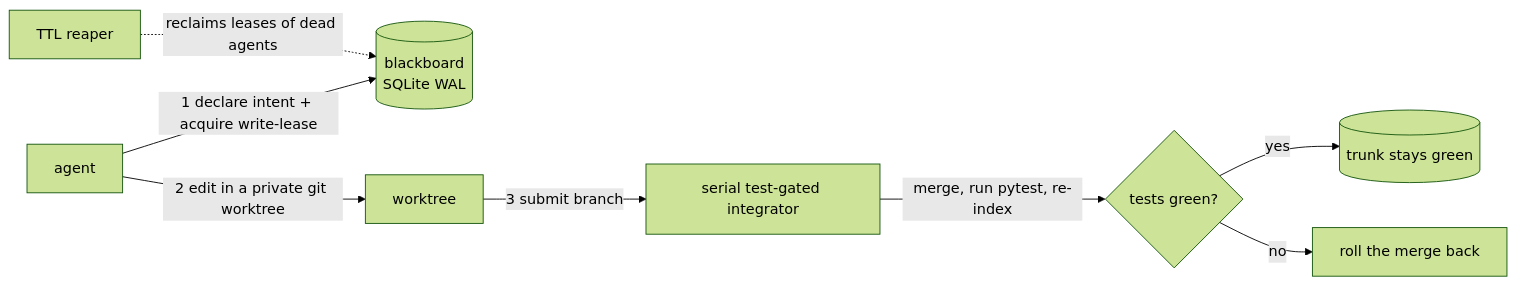
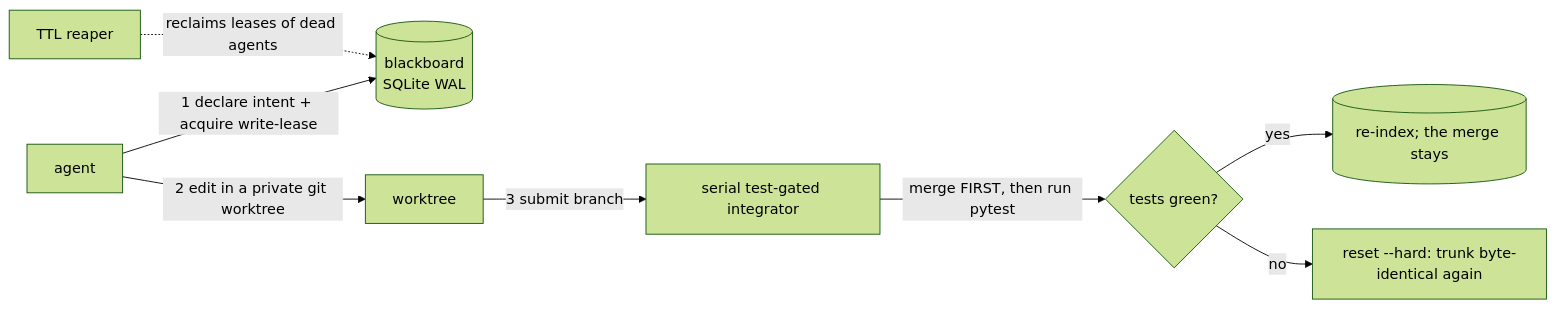
Before and after one commit to keithalindsay/swarm-sync: the diagram in README.md, drawn with Mermaid (forest theme). The commit also changed other lines of this file and 8 other files, not shown here.

````diff
--- a/README.md
+++ b/README.md
@@ -176,10 +198,10 @@
 ```mermaid
 flowchart LR
     A[agent] -->|1 declare intent + acquire write-lease| BB[(blackboard<br/>SQLite WAL)]
     A -->|2 edit in a private git worktree| WT[worktree]
     WT -->|3 submit branch| INT[serial test-gated integrator]
-    INT -->|merge, run pytest, re-index| Q{tests green?}
-    Q -->|yes| TR[(trunk stays green)]
-    Q -->|no| RB[roll the merge back]
+    INT -->|merge FIRST, then run pytest| Q{tests green?}
+    Q -->|yes| TR[(re-index; the merge stays)]
+    Q -->|no| RB[reset --hard: trunk byte-identical again]
     RP[TTL reaper] -.->|reclaims leases of dead agents| BB
 ```
````
